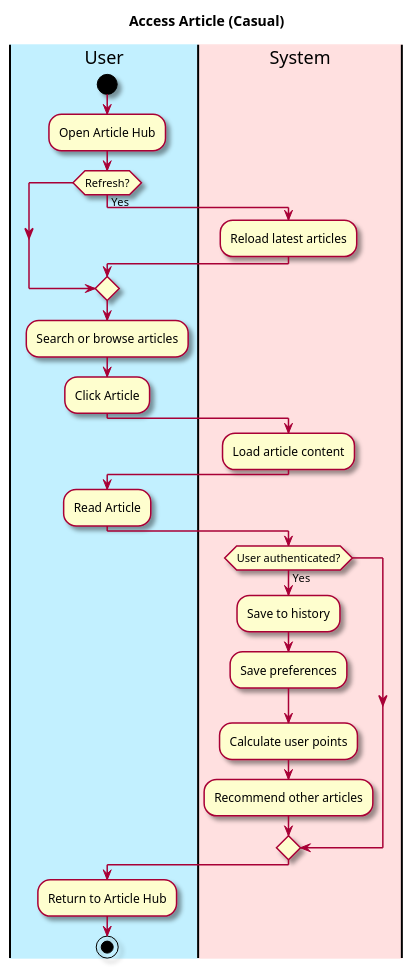
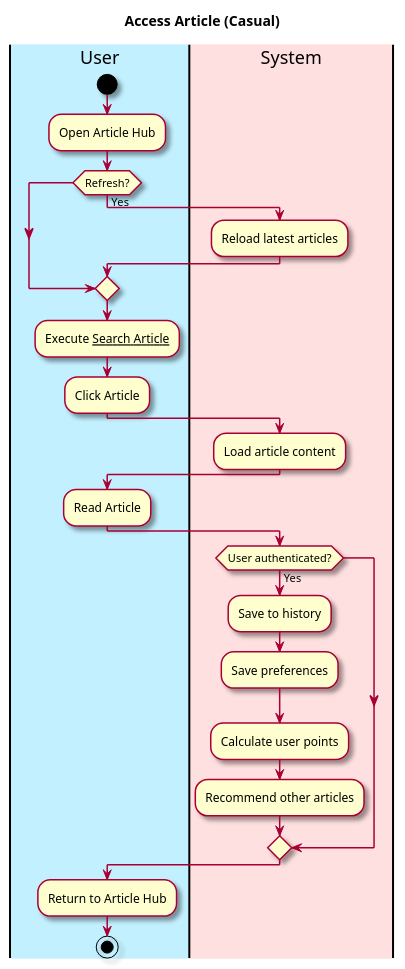
Before and after one commit to owhitleym-ui/EcoScoop: the diagram in intellij/doc/Functional Specification/access-article.md, drawn with PlantUML. The commit also changed 3 other files, not shown here.

````diff
--- a/intellij/doc/Functional Specification/access-article.md
+++ b/intellij/doc/Functional Specification/access-article.md
@@ -24,44 +24,44 @@
 ```plantuml
 @startuml
 
 skin rose
 
 title Access Article (Casual)
 
 'define the lanes
 |#application|User|
 |#implementation|System|
 
 |User|
 start
 :Open Article Hub;
 
 if (Refresh?) then (Yes)
   |System|
   :Reload latest articles;
 endif
 
 |User|
-:Search or browse articles;
+:Execute __Search Article__;
 :Click Article;
 
 |System|
 :Load article content;
 
 |User|
 :Read Article;
 
 |System|
 if (User authenticated?) then (Yes)
   :Save to history;
   :Save preferences;
   :Calculate user points;
   :Recommend other articles;
 endif
 
 |User|
 :Return to Article Hub;
 
 stop
 @enduml
 ```
````
